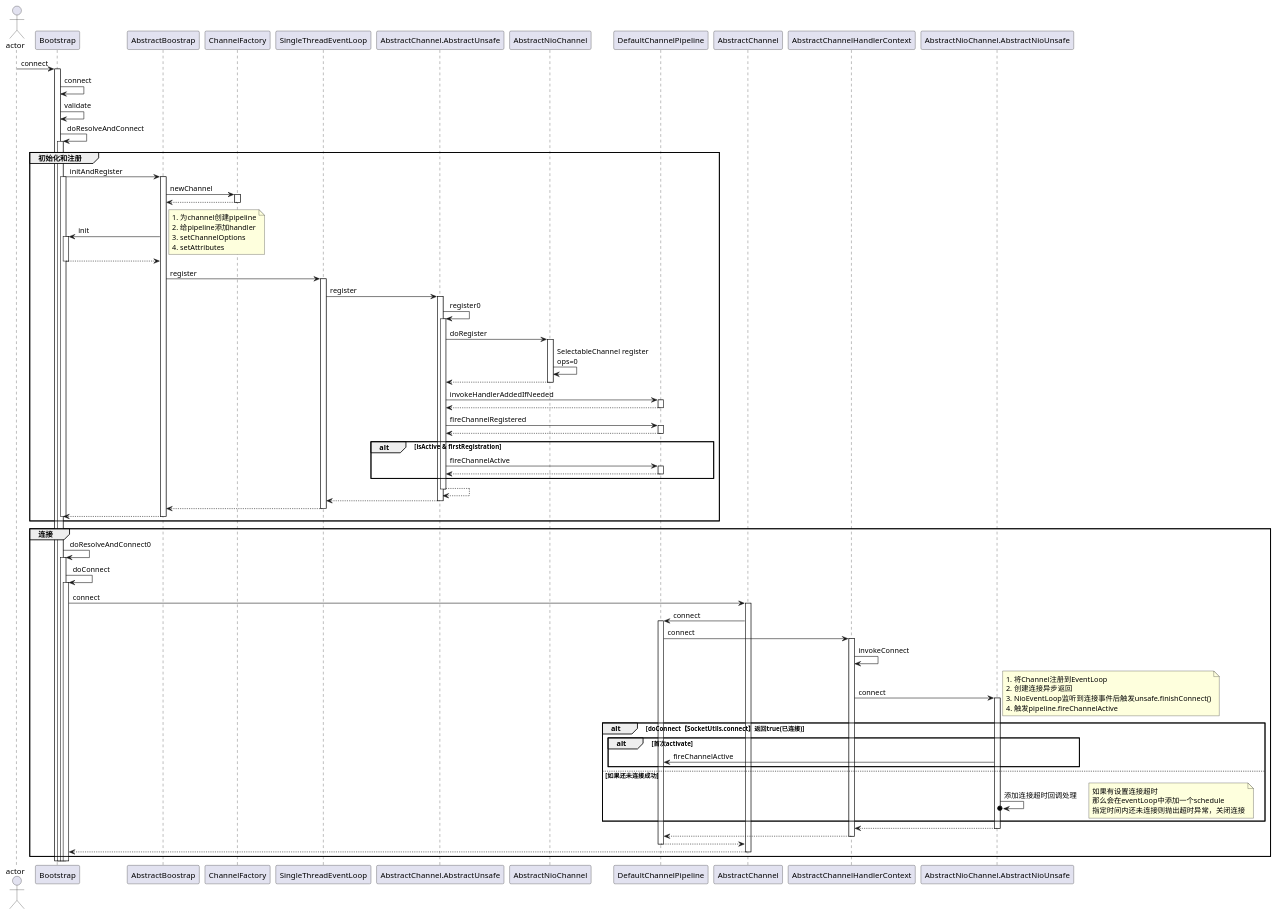
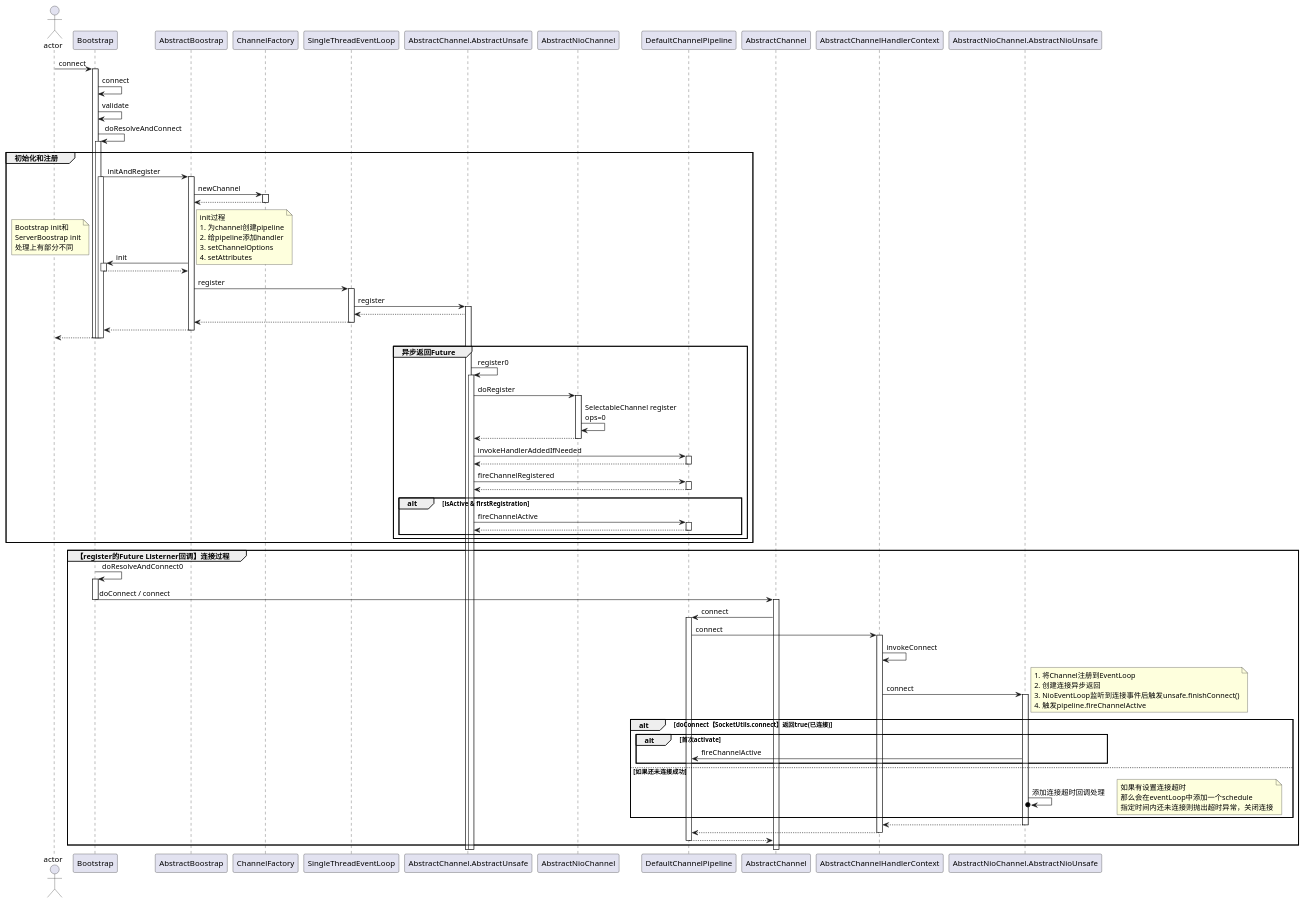
Before and after one commit to icankeep/netty-http-server-demo: the diagram in docs/Bootstrap connect流程.puml, drawn with PlantUML. The commit also changed 3 other files, not shown here.

Commit message:
update sequence diagram

```diff
--- a/docs/Bootstrap connect流程.puml
+++ b/docs/Bootstrap connect流程.puml
@@ -1,93 +1,110 @@
 @startuml
 Actor actor
 actor -> Bootstrap: connect
 activate Bootstrap
 Bootstrap -> Bootstrap: connect
 Bootstrap -> Bootstrap: validate
 Bootstrap -> Bootstrap: doResolveAndConnect
 
 group 初始化和注册
     activate Bootstrap
     Bootstrap -> AbstractBoostrap: initAndRegister
     activate Bootstrap
     activate AbstractBoostrap
     AbstractBoostrap -> ChannelFactory: newChannel
     activate ChannelFactory
     ChannelFactory --> AbstractBoostrap
     deactivate ChannelFactory
     AbstractBoostrap -> Bootstrap: init
         note right
+            init过程
             1. 为channel创建pipeline
             2. 给pipeline添加handler
             3. setChannelOptions
             4. setAttributes
         end note
+        note left
+            Bootstrap init和
+            ServerBoostrap init
+            处理上有部分不同
+        end note
     activate Bootstrap
     return
+
+
     AbstractBoostrap -> SingleThreadEventLoop: register
     activate SingleThreadEventLoop
     SingleThreadEventLoop -> AbstractChannel.AbstractUnsafe: register
     activate AbstractChannel.AbstractUnsafe
-    AbstractChannel.AbstractUnsafe -> AbstractChannel.AbstractUnsafe: register0
-    activate AbstractChannel.AbstractUnsafe
-    AbstractChannel.AbstractUnsafe -> AbstractNioChannel: doRegister
-    activate AbstractNioChannel
-    AbstractNioChannel -> AbstractNioChannel: SelectableChannel register\nops=0
-    AbstractNioChannel --> AbstractChannel.AbstractUnsafe
-    deactivate AbstractNioChannel
-    AbstractChannel.AbstractUnsafe -> DefaultChannelPipeline: invokeHandlerAddedIfNeeded
-    activate DefaultChannelPipeline
-    return
-    AbstractChannel.AbstractUnsafe -> DefaultChannelPipeline: fireChannelRegistered
-    activate DefaultChannelPipeline
-    return
-    alt isActive & firstRegistration
-        AbstractChannel.AbstractUnsafe -> DefaultChannelPipeline: fireChannelActive
-        activate DefaultChannelPipeline
-        return
-    end
-    return
-    return
-    return
-    return
+    AbstractChannel.AbstractUnsafe --> SingleThreadEventLoop
+    SingleThreadEventLoop --> AbstractBoostrap
+    deactivate SingleThreadEventLoop
+    AbstractBoostrap --> Bootstrap
+    deactivate AbstractBoostrap
+    Bootstrap --> actor
     deactivate Bootstrap
+    deactivate Bootstrap
+    deactivate Bootstrap
+
+
+
+
+        group 异步返回Future
+            AbstractChannel.AbstractUnsafe -> AbstractChannel.AbstractUnsafe: register0
+            activate AbstractChannel.AbstractUnsafe
+            AbstractChannel.AbstractUnsafe -> AbstractNioChannel: doRegister
+            activate AbstractNioChannel
+            AbstractNioChannel -> AbstractNioChannel: SelectableChannel register\nops=0
+            AbstractNioChannel --> AbstractChannel.AbstractUnsafe
+            deactivate AbstractNioChannel
+            AbstractChannel.AbstractUnsafe -> DefaultChannelPipeline: invokeHandlerAddedIfNeeded
+            activate DefaultChannelPipeline
+            return
+            AbstractChannel.AbstractUnsafe -> DefaultChannelPipeline: fireChannelRegistered
+            activate DefaultChannelPipeline
+            return
+            alt isActive & firstRegistration
+                AbstractChannel.AbstractUnsafe -> DefaultChannelPipeline: fireChannelActive
+                activate DefaultChannelPipeline
+                return
+            end
+        end
 end
 
-group 连接
+group 【register的Future Listerner回调】连接过程
     Bootstrap -> Bootstrap: doResolveAndConnect0
     activate Bootstrap
-    Bootstrap -> Bootstrap: doConnect
-    activate Bootstrap
-    Bootstrap -> AbstractChannel: connect
+    Bootstrap -> AbstractChannel: doConnect / connect
+    deactivate Bootstrap
+    deactivate Bootstrap
     activate AbstractChannel
     AbstractChannel -> DefaultChannelPipeline: connect
     activate DefaultChannelPipeline
     DefaultChannelPipeline -> AbstractChannelHandlerContext: connect
     activate AbstractChannelHandlerContext
     AbstractChannelHandlerContext -> AbstractChannelHandlerContext: invokeConnect
     AbstractChannelHandlerContext -> AbstractNioChannel.AbstractNioUnsafe: connect
     activate AbstractNioChannel.AbstractNioUnsafe
     alt doConnect【SocketUtils.connect】返回true(已连接)
         note right
             1. 将Channel注册到EventLoop
             2. 创建连接异步返回
             3. NioEventLoop监听到连接事件后触发unsafe.finishConnect()
             4. 触发pipeline.fireChannelActive
         end note
         alt 首次activate
             AbstractNioChannel.AbstractNioUnsafe -> DefaultChannelPipeline: fireChannelActive
         end
     else 如果还未连接成功
         AbstractNioChannel.AbstractNioUnsafe ->o AbstractNioChannel.AbstractNioUnsafe: 添加连接超时回调处理
             note right
                 如果有设置连接超时
                 那么会在eventLoop中添加一个schedule
                 指定时间内还未连接则抛出超时异常，关闭连接
             end note
     end
     return
     return
     return
-    return
 end
 @enduml
```
